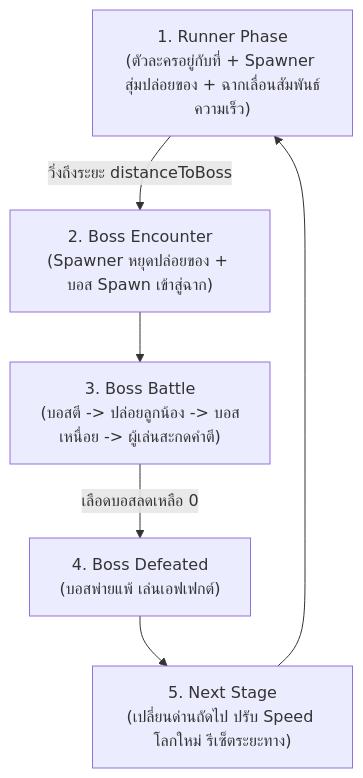
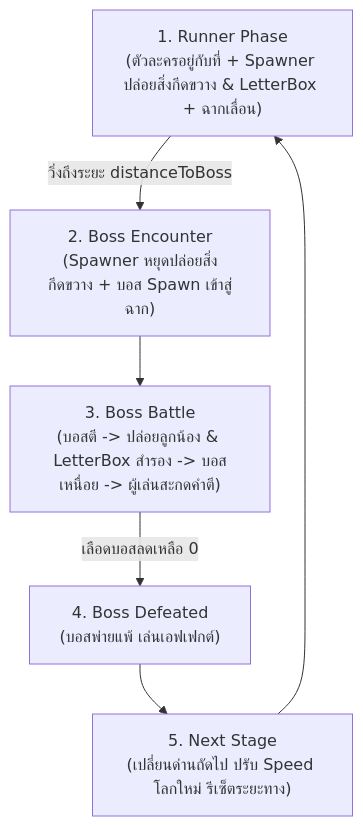
The first of 2 diagrams in Assets/code/file_MD/README.md (best062/FinalMI226), drawn with Mermaid before and after one commit. The commit also changed other lines of this file and 18 other files, not shown here.

````diff
--- a/Assets/code/file_MD/README.md
+++ b/Assets/code/file_MD/README.md
@@ -22,8 +24,8 @@
 ```mermaid
 graph TD
-    A["1. Runner Phase<br>(ตัวละครอยู่กับที่ + Spawner สุ่มปล่อยของ + ฉากเลื่อนสัมพันธ์ความเร็ว)"] -->|วิ่งถึงระยะ distanceToBoss| B["2. Boss Encounter<br>(Spawner หยุดปล่อยของ + บอส Spawn เข้าสู่ฉาก)"]
-    B --> C["3. Boss Battle<br>(บอสตี -> ปล่อยลูกน้อง -> บอสเหนื่อย -> ผู้เล่นสะกดคำตี)"]
+    A["1. Runner Phase<br>(ตัวละครอยู่กับที่ + Spawner ปล่อยสิ่งกีดขวาง & LetterBox + ฉากเลื่อน)"] -->|วิ่งถึงระยะ distanceToBoss| B["2. Boss Encounter<br>(Spawner หยุดปล่อยสิ่งกีดขวาง + บอส Spawn เข้าสู่ฉาก)"]
+    B --> C["3. Boss Battle<br>(บอสตี -> ปล่อยลูกน้อง & LetterBox สำรอง -> บอสเหนื่อย -> ผู้เล่นสะกดคำตี)"]
     C -->|เลือดบอสลดเหลือ 0| D["4. Boss Defeated<br>(บอสพ่ายแพ้ เล่นเอฟเฟกต์)"]
     D --> E["5. Next Stage<br>(เปลี่ยนด่านถัดไป ปรับ Speed โลกใหม่ รีเซ็ตระยะทาง)"]
     E --> A
 ```
````
